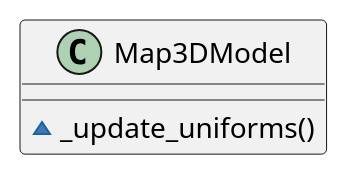
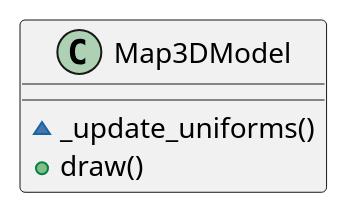
Before and after one commit to ferpoble2/Relief_Creator: the diagram in docs/classes/Map3DModel.puml, drawn with PlantUML. The commit also changed 8 other files, not shown here.

```diff
--- a/docs/classes/Map3DModel.puml
+++ b/docs/classes/Map3DModel.puml
@@ -1,5 +1,6 @@
 @startuml
 class Map3DModel {
     ~ _update_uniforms()
+    + draw()
 }
 @enduml
```
